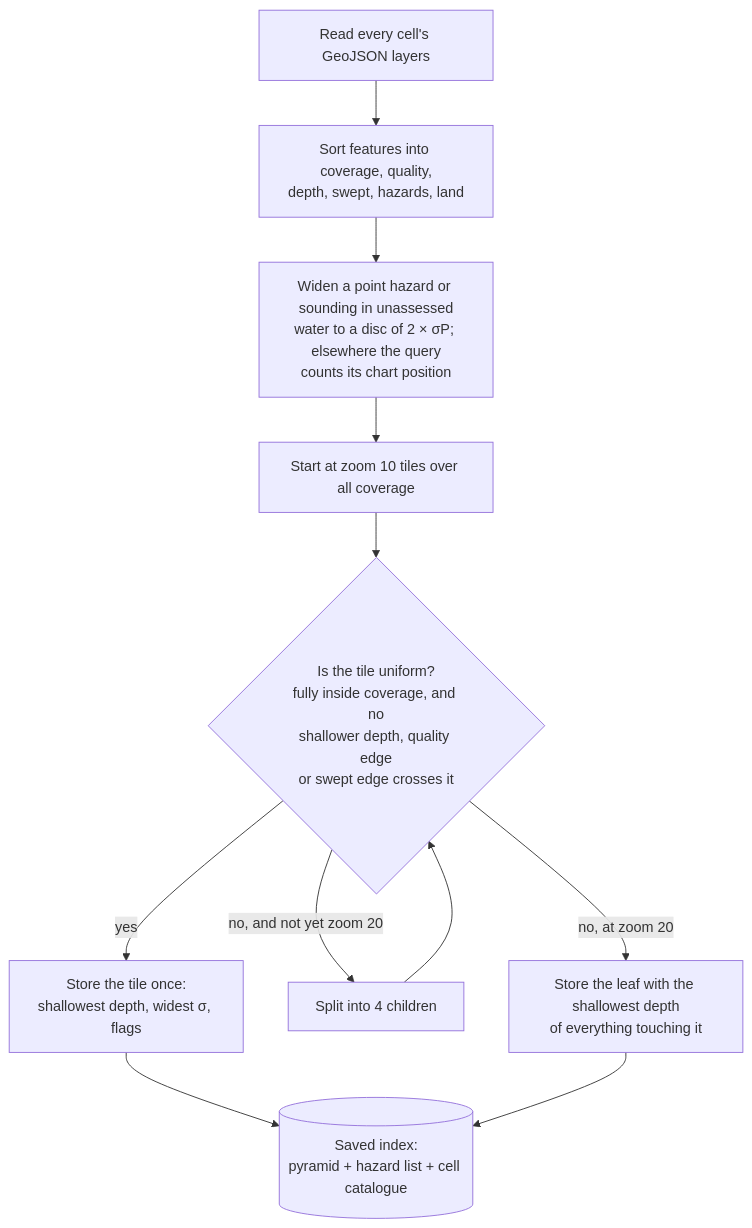
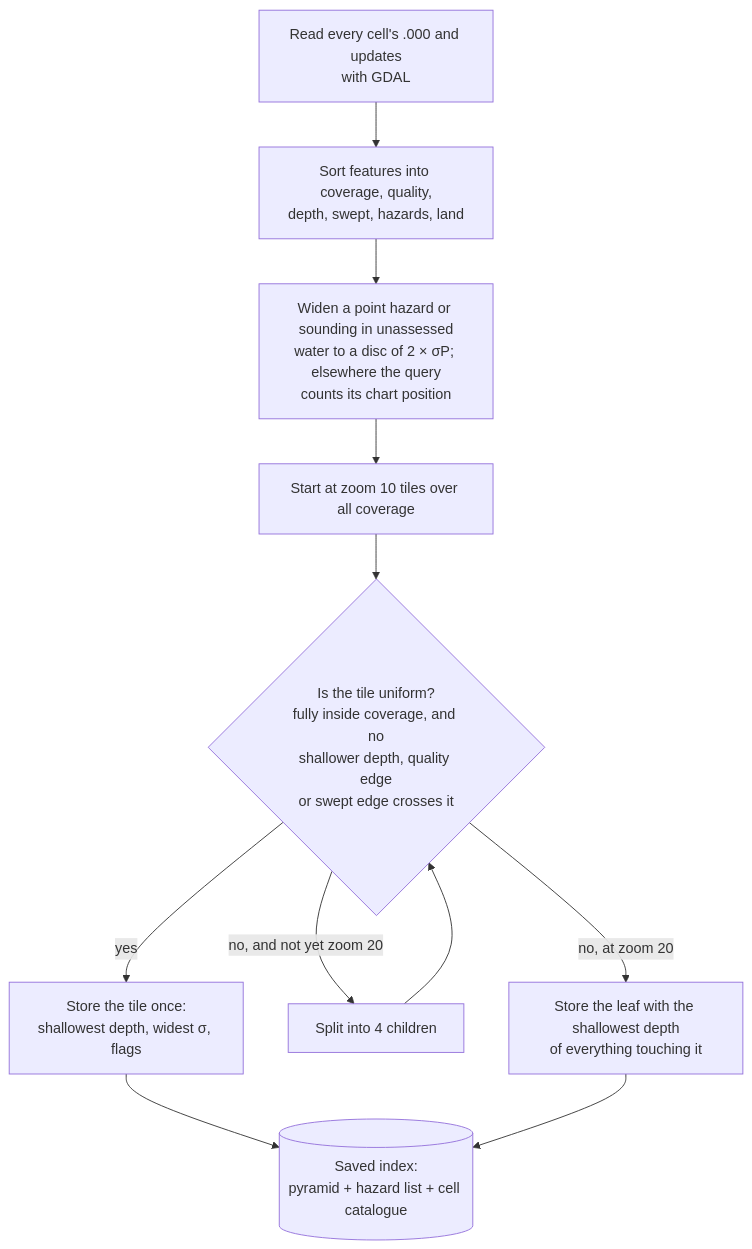
One commit to KEGustafsson/signalk-underkeel changed the second of 6 diagrams in docs/HOW-IT-WORKS.md. Above: the diagram before and after it, drawn with Mermaid. The commit also changed other lines of this file and 1 other file, not shown here.

First line of the commit message:
Drop the remaining GeoJSON export wording from the docs

````diff
--- a/docs/HOW-IT-WORKS.md
+++ b/docs/HOW-IT-WORKS.md
@@ -142,11 +142,11 @@
 ```mermaid
 flowchart TD
-  A[Read every cell's GeoJSON layers] --> B[Sort features into coverage, quality,<br/>depth, swept, hazards, land]
+  A[Read every cell's .000 and updates<br/>with GDAL] --> B[Sort features into coverage, quality,<br/>depth, swept, hazards, land]
   B --> C[Widen a point hazard or sounding in unassessed<br/>water to a disc of 2 × σP; elsewhere the query<br/>counts its chart position]
   C --> D[Start at zoom 10 tiles over all coverage]
   D --> E{Is the tile uniform?<br/>fully inside coverage, and no<br/>shallower depth, quality edge<br/>or swept edge crosses it}
   E -- yes --> F[Store the tile once:<br/>shallowest depth, widest σ, flags]
   E -- no, and not yet zoom 20 --> G[Split into 4 children] --> E
   E -- no, at zoom 20 --> H[Store the leaf with the shallowest depth<br/>of everything touching it]
   F & H --> I[(Saved index:<br/>pyramid + hazard list + cell catalogue)]
 ```
````
